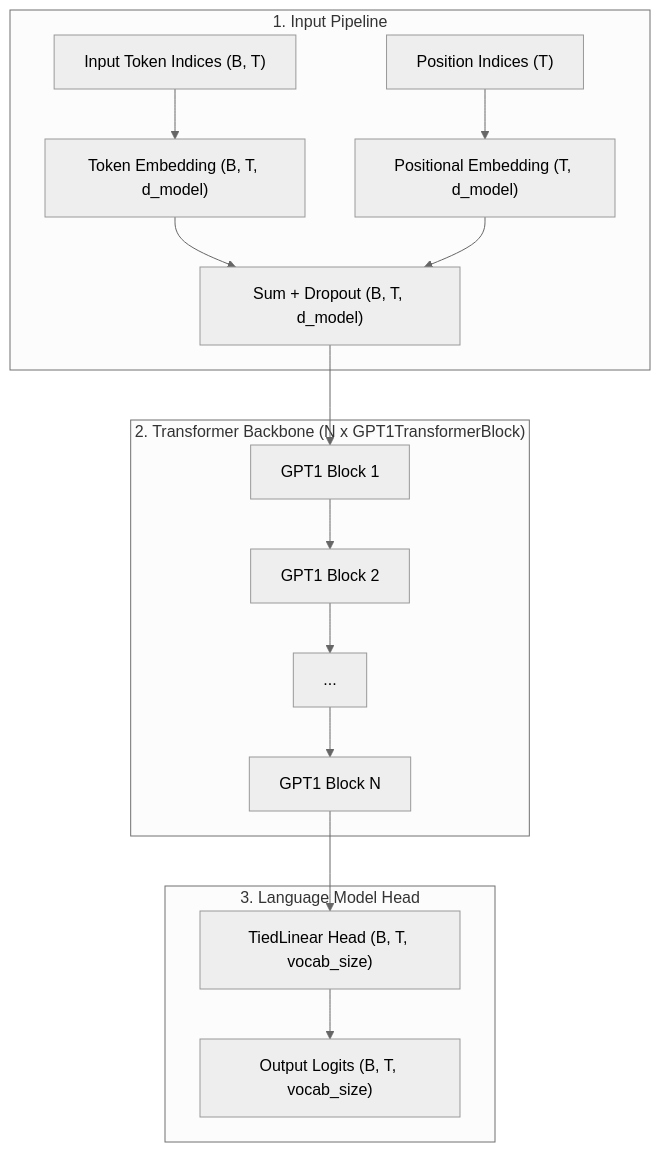
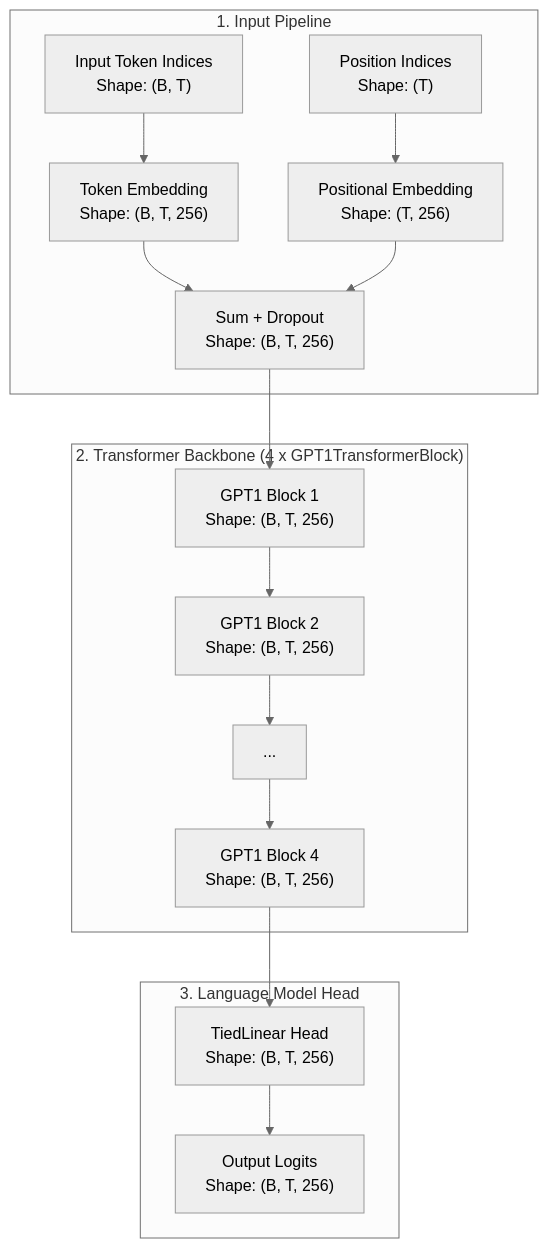
The first of 2 diagrams in docs/models/gpt1.md (Ritvik19/NNFS), drawn with Mermaid (neutral theme) before and after one commit. The commit also changed other lines of this file and 11 other files, not shown here.

Commit message:
refactor: overhaul model documentation with architecture diagrams and update model implementations

````diff
--- a/docs/models/gpt1.md
+++ b/docs/models/gpt1.md
@@ -25,27 +25,27 @@
 ```mermaid
 flowchart TD
     subgraph Input ["1. Input Pipeline"]
-        TokenIDs["Input Token Indices (B, T)"]
-        PosIDs["Position Indices (T)"]
-        TokEmb["Token Embedding (B, T, d_model)"]
-        PosEmb["Positional Embedding (T, d_model)"]
-        SumEmb["Sum + Dropout (B, T, d_model)"]
+        TokenIDs["Input Token Indices<br/>Shape: (B, T)"]
+        PosIDs["Position Indices<br/>Shape: (T)"]
+        TokEmb["Token Embedding<br/>Shape: (B, T, 256)"]
+        PosEmb["Positional Embedding<br/>Shape: (T, 256)"]
+        SumEmb["Sum + Dropout<br/>Shape: (B, T, 256)"]
         
         TokenIDs --> TokEmb
         PosIDs --> PosEmb
         TokEmb --> SumEmb
         PosEmb --> SumEmb
     end
 
-    subgraph Blocks ["2. Transformer Backbone (N x GPT1TransformerBlock)"]
-        SumEmb --> Block1["GPT1 Block 1"]
-        Block1 --> Block2["GPT1 Block 2"]
+    subgraph Blocks ["2. Transformer Backbone (4 x GPT1TransformerBlock)"]
+        SumEmb --> Block1["GPT1 Block 1<br/>Shape: (B, T, 256)"]
+        Block1 --> Block2["GPT1 Block 2<br/>Shape: (B, T, 256)"]
         Block2 --> Dots["..."]
-        Dots --> BlockN["GPT1 Block N"]
+        Dots --> Block4["GPT1 Block 4<br/>Shape: (B, T, 256)"]
     end
 
     subgraph Head ["3. Language Model Head"]
-        BlockN --> LMHead["TiedLinear Head (B, T, vocab_size)"]
-        LMHead --> Logits["Output Logits (B, T, vocab_size)"]
+        Block4 --> LMHead["TiedLinear Head<br/>Shape: (B, T, 256)"]
+        LMHead --> Logits["Output Logits<br/>Shape: (B, T, 256)"]
     end
 ```
````
